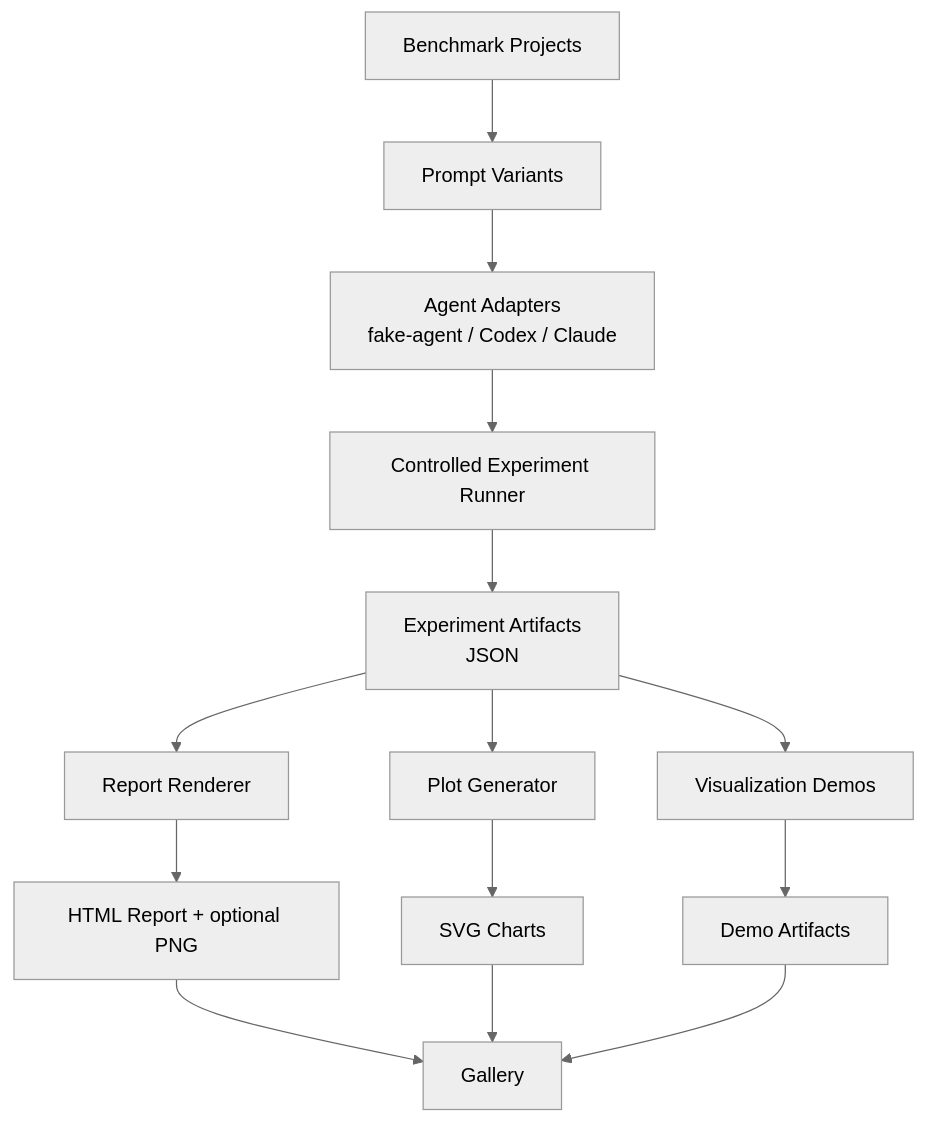
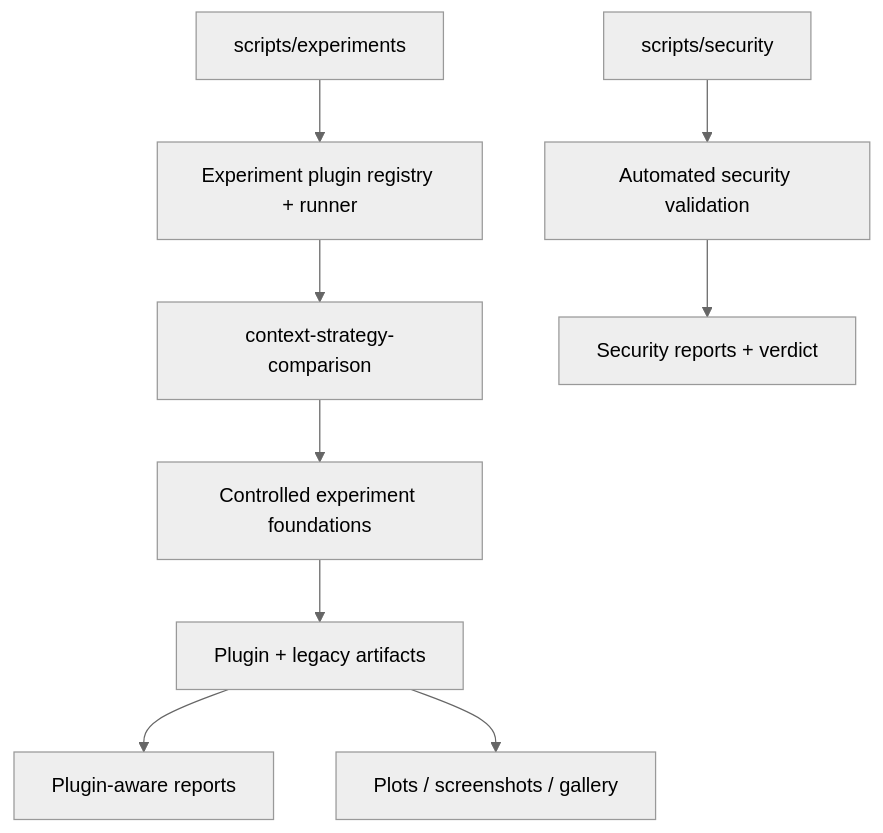
One commit to dailephd/my-dev-kit-lab changed the diagram in README.md. Above: the diagram before and after it, drawn with Mermaid (neutral theme). The commit also changed other lines of this file and 10 other files, not shown here.

````diff
--- a/README.md
+++ b/README.md
@@ -38,16 +40,11 @@
 ```mermaid
 flowchart TD
-  A[Benchmark Projects] --> B[Prompt Variants]
-  B --> C[Agent Adapters\nfake-agent / Codex / Claude]
-  C --> D[Controlled Experiment Runner]
-  D --> E[Experiment Artifacts\nJSON]
-  E --> F[Report Renderer]
-  E --> G[Plot Generator]
-  E --> H[Visualization Demos]
-  F --> I[HTML Report + optional PNG]
-  G --> J[SVG Charts]
-  H --> K[Demo Artifacts]
-  I --> L[Gallery]
-  J --> L
-  K --> L
+  A[scripts/experiments] --> B[Experiment plugin registry + runner]
+  B --> C[context-strategy-comparison]
+  C --> D[Controlled experiment foundations]
+  D --> E[Plugin + legacy artifacts]
+  E --> F[Plugin-aware reports]
+  E --> G[Plots / screenshots / gallery]
+  H[scripts/security] --> I[Automated security validation]
+  I --> J[Security reports + verdict]
 ```
````
